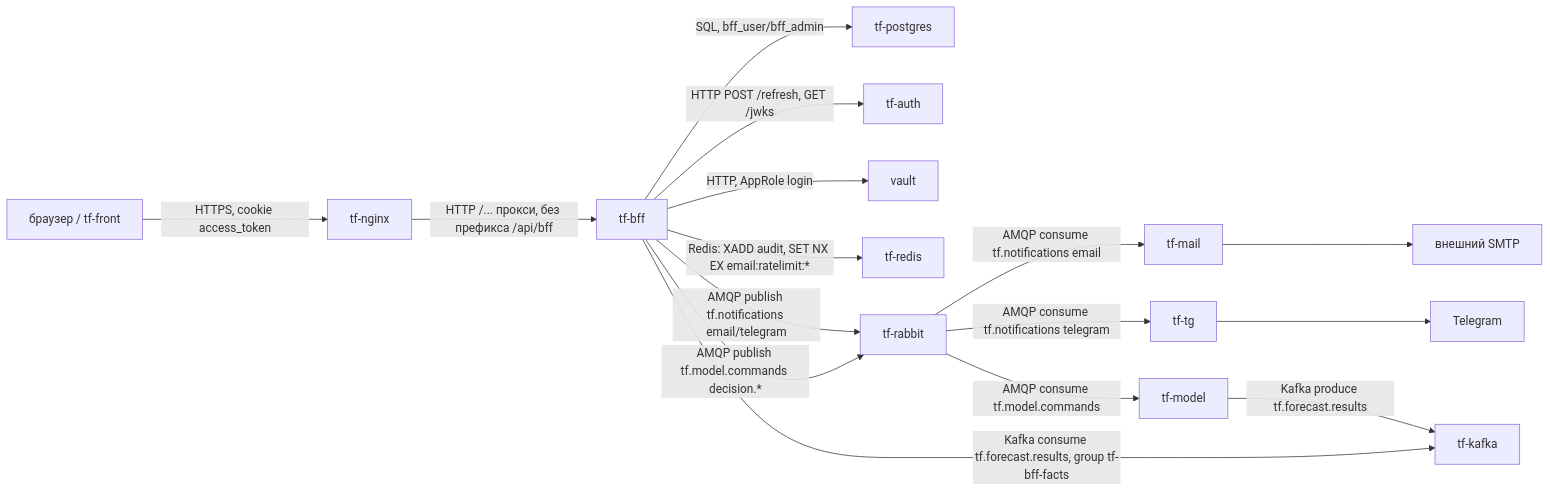
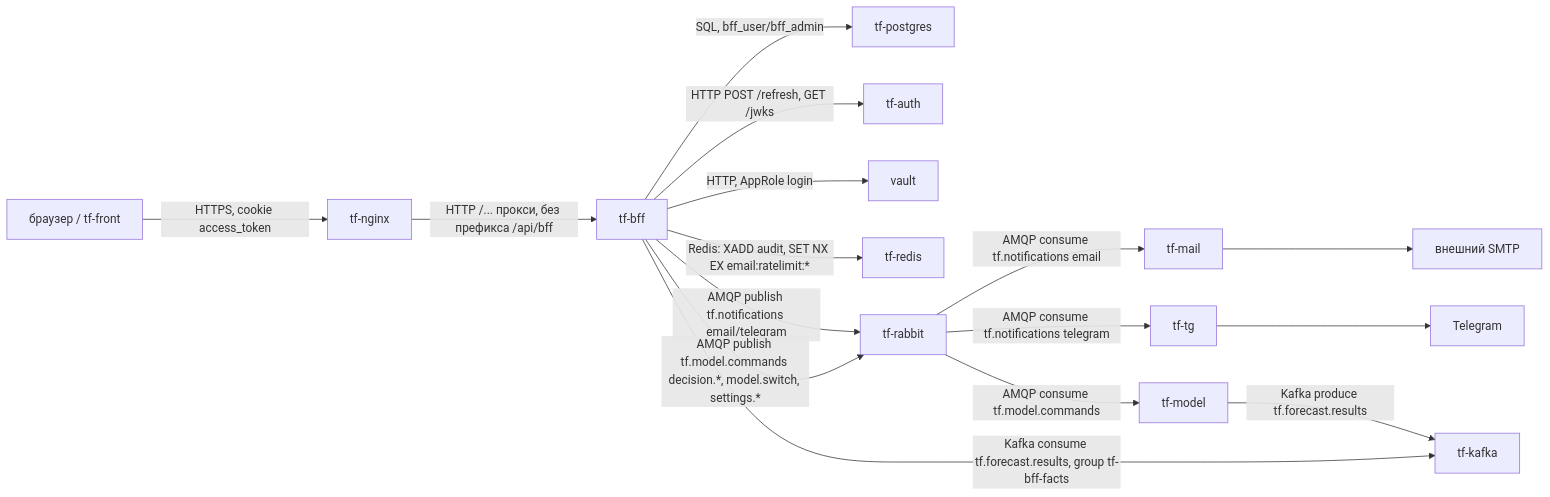
The first of 3 diagrams in BFF/docs/system/tf-bff.md (Think-Faster/think-bff), drawn with Mermaid before and after one commit. The commit also changed other lines of this file and 11 other files, not shown here.

First line of the commit message:
Админ-панель модели: команды model.switch, settings.operating, settings.gaps

````diff
--- a/BFF/docs/system/tf-bff.md
+++ b/BFF/docs/system/tf-bff.md
@@ -17,20 +17,20 @@
 ```mermaid
 flowchart LR
     browser[браузер / tf-front] -->|HTTPS, cookie access_token| tf-nginx
     tf-nginx -->|HTTP /... прокси, без префикса /api/bff| tf-bff
 
     tf-bff -->|SQL, bff_user/bff_admin| tf-postgres
     tf-bff -->|HTTP POST /refresh, GET /jwks| tf-auth
     tf-bff -->|HTTP, AppRole login| vault
     tf-bff -->|Redis: XADD audit, SET NX EX email:ratelimit:*| tf-redis
     tf-bff -->|AMQP publish tf.notifications email/telegram| tf-rabbit
-    tf-bff -->|AMQP publish tf.model.commands decision.*| tf-rabbit
+    tf-bff -->|AMQP publish tf.model.commands decision.*, model.switch, settings.*| tf-rabbit
     tf-bff -->|Kafka consume tf.forecast.results, group tf-bff-facts| tf-kafka
 
     tf-rabbit -->|AMQP consume tf.notifications email| tf-mail
     tf-rabbit -->|AMQP consume tf.notifications telegram| tf-tg
     tf-mail --> Gmail[внешний SMTP]
     tf-tg --> Telegram
     tf-model -->|Kafka produce tf.forecast.results| tf-kafka
     tf-rabbit -->|AMQP consume tf.model.commands| tf-model
 ```
````
